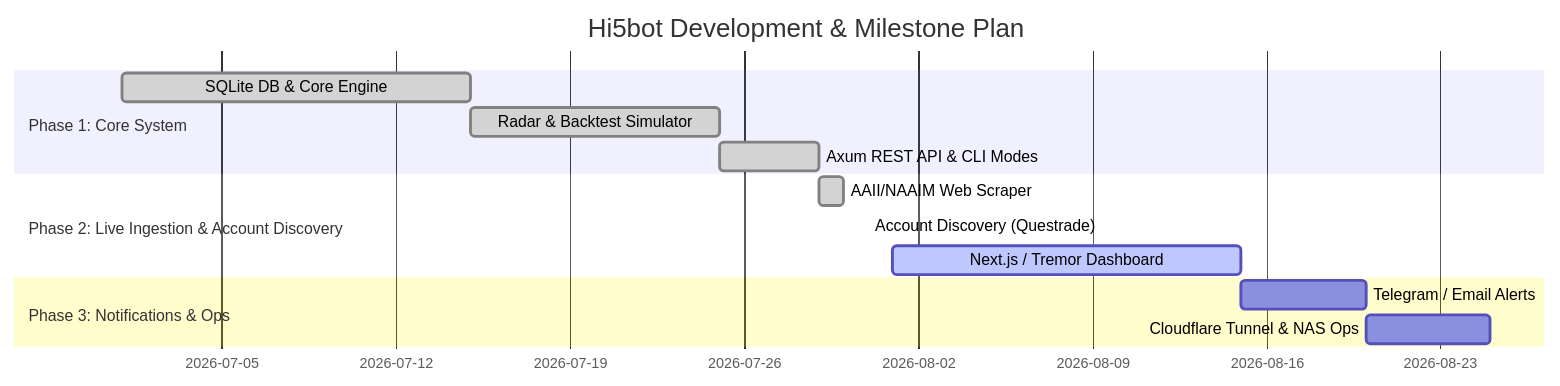
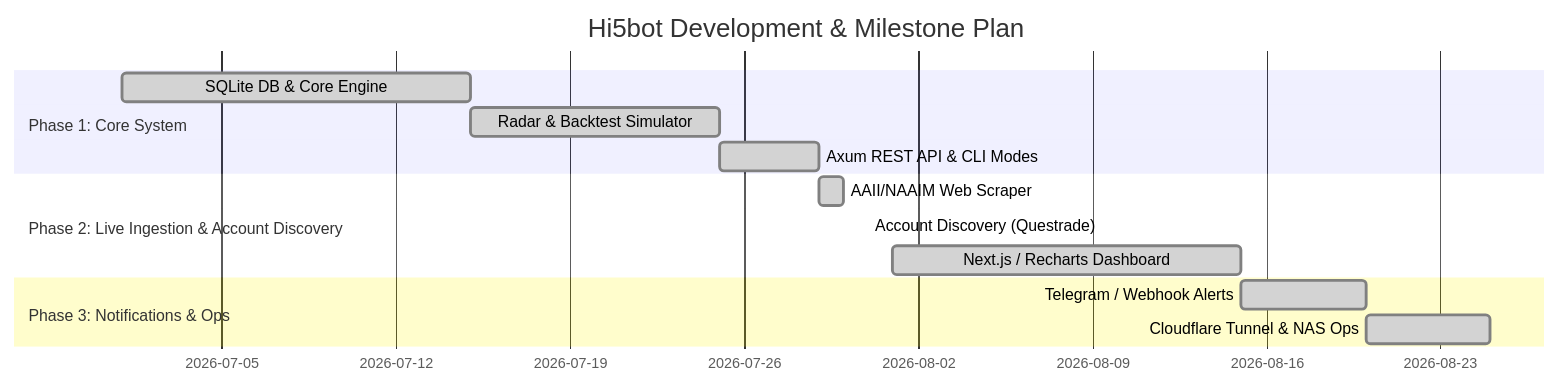
Before and after one commit to hughguan/hi5bot: the diagram in docs/plan.md, drawn with Mermaid.

Commit message:
docs: update plan.md gantt chart showing 100% completion of all milestones

````diff
--- a/docs/plan.md
+++ b/docs/plan.md
@@ -9,16 +9,16 @@
 ```mermaid
 gantt
     title Hi5bot Development & Milestone Plan
     dateFormat  YYYY-MM-DD
     section Phase 1: Core System
     SQLite DB & Core Engine       :done, m1, 2026-07-01, 2026-07-15
     Radar & Backtest Simulator   :done, m2, 2026-07-15, 2026-07-25
     Axum REST API & CLI Modes     :done, m3, 2026-07-25, 2026-07-29
     section Phase 2: Live Ingestion & Account Discovery
     AAII/NAAIM Web Scraper        :done, m4, 2026-07-29, 2026-07-30
     Account Discovery (Questrade) :done, m4b, 2026-07-31, 2026-07-31
-    Next.js / Tremor Dashboard    :active, m5, 2026-08-01, 2026-08-15
+    Next.js / Recharts Dashboard  :done, m5, 2026-08-01, 2026-08-15
     section Phase 3: Notifications & Ops
-    Telegram / Email Alerts       :m6, 2026-08-15, 2026-08-20
-    Cloudflare Tunnel & NAS Ops   :m7, 2026-08-20, 2026-08-25
+    Telegram / Webhook Alerts     :done, m6, 2026-08-15, 2026-08-20
+    Cloudflare Tunnel & NAS Ops   :done, m7, 2026-08-20, 2026-08-25
 ```
````
